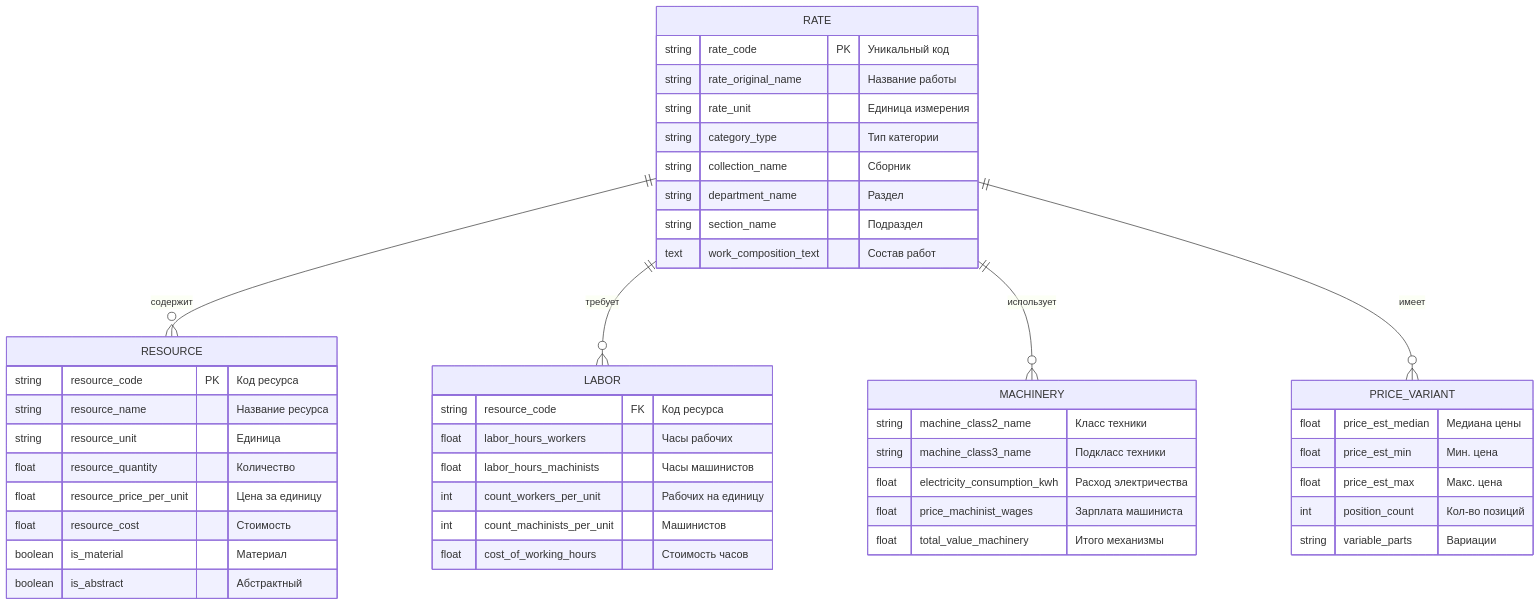
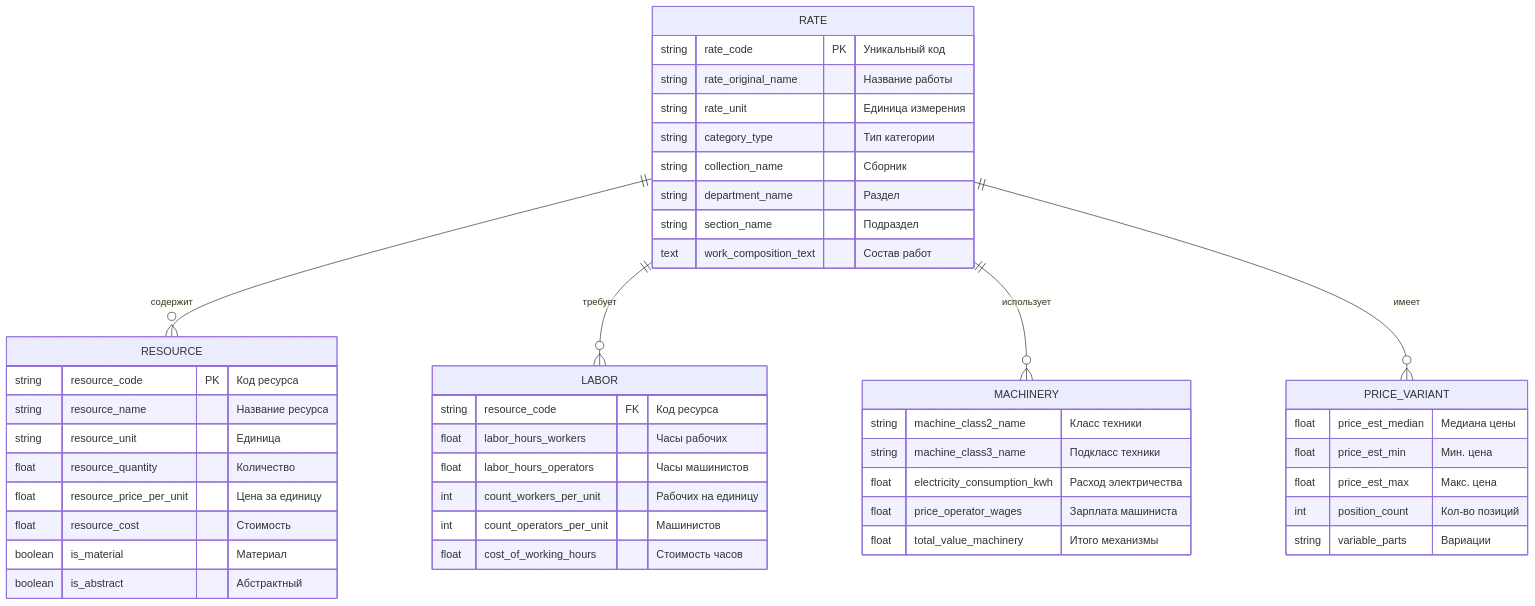
The first of 2 diagrams in README.ru.md (ehtick/OpenConstructionEstimate-DDC-CWICR), drawn with Mermaid before and after one commit. The commit also changed other lines of this file and 81 other files, not shown here.

````diff
--- a/README.ru.md
+++ b/README.ru.md
@@ -475,54 +475,54 @@
 ```mermaid
 erDiagram
     RATE ||--o{ RESOURCE : содержит
     RATE ||--o{ LABOR : требует
     RATE ||--o{ MACHINERY : использует
     RATE ||--o{ PRICE_VARIANT : имеет
 
     RATE {
         string rate_code PK "Уникальный код"
         string rate_original_name "Название работы"
         string rate_unit "Единица измерения"
         string category_type "Тип категории"
         string collection_name "Сборник"
         string department_name "Раздел"
         string section_name "Подраздел"
         text work_composition_text "Состав работ"
     }
 
     RESOURCE {
         string resource_code PK "Код ресурса"
         string resource_name "Название ресурса"
         string resource_unit "Единица"
         float resource_quantity "Количество"
         float resource_price_per_unit "Цена за единицу"
         float resource_cost "Стоимость"
         boolean is_material "Материал"
         boolean is_abstract "Абстрактный"
     }
 
     LABOR {
         string resource_code FK "Код ресурса"
         float labor_hours_workers "Часы рабочих"
-        float labor_hours_machinists "Часы машинистов"
+        float labor_hours_operators "Часы машинистов"
         int count_workers_per_unit "Рабочих на единицу"
-        int count_machinists_per_unit "Машинистов"
+        int count_operators_per_unit "Машинистов"
         float cost_of_working_hours "Стоимость часов"
     }
 
     MACHINERY {
         string machine_class2_name "Класс техники"
         string machine_class3_name "Подкласс техники"
         float electricity_consumption_kwh "Расход электричества"
-        float price_machinist_wages "Зарплата машиниста"
+        float price_operator_wages "Зарплата машиниста"
         float total_value_machinery "Итого механизмы"
     }
 
     PRICE_VARIANT {
         float price_est_median "Медиана цены"
         float price_est_min "Мин. цена"
         float price_est_max "Макс. цена"
         int position_count "Кол-во позиций"
         string variable_parts "Вариации"
     }
 ```
````
